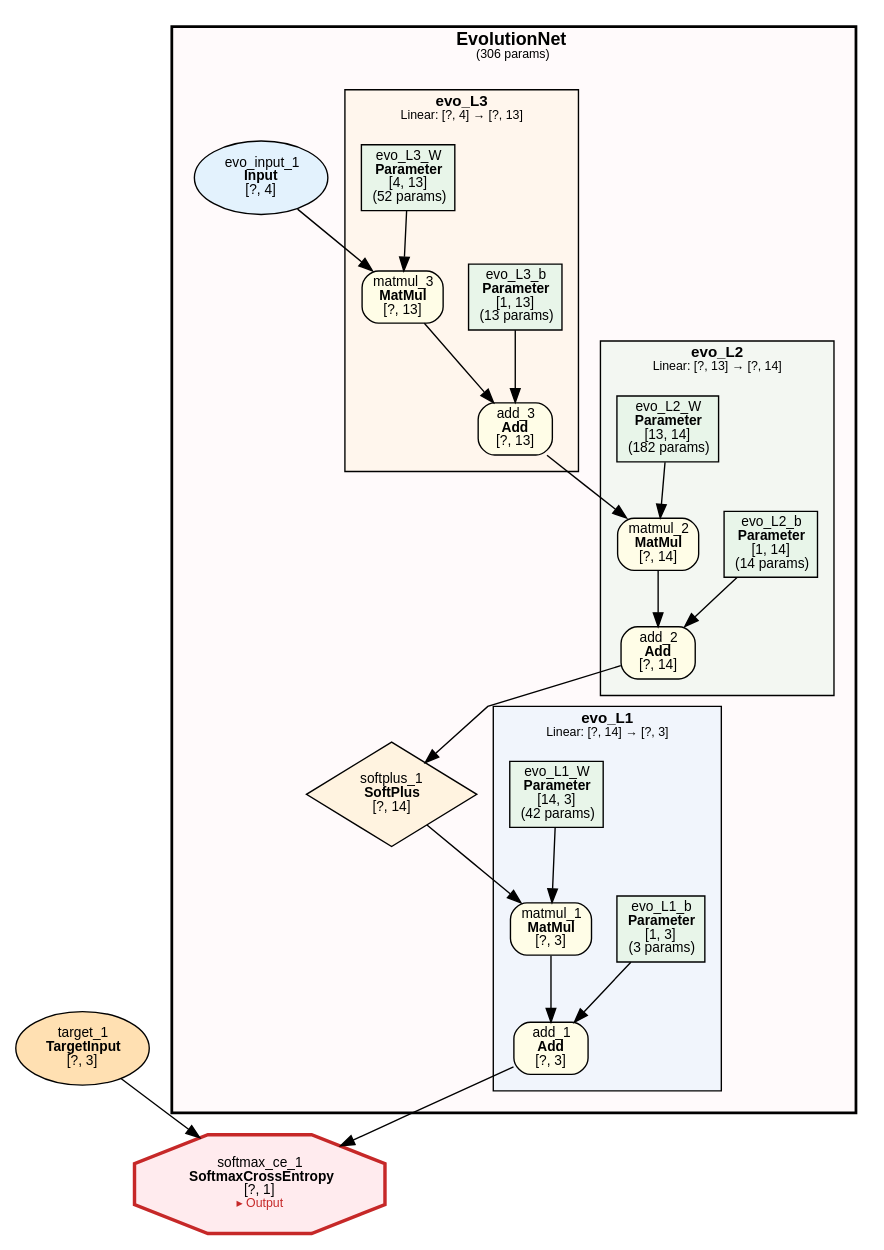
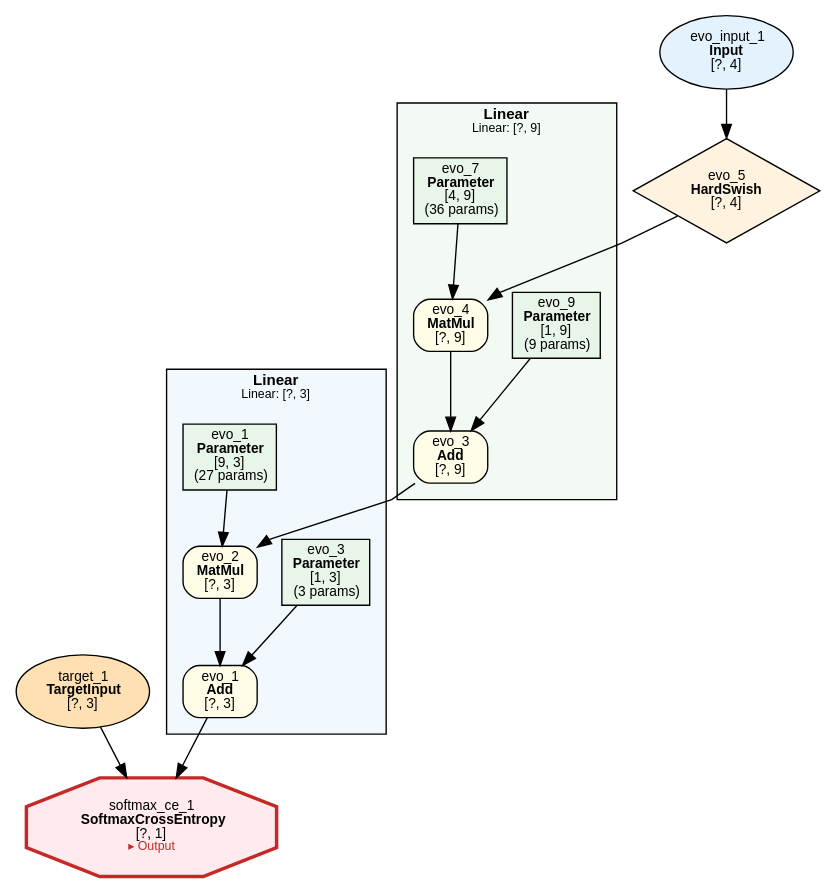
Before and after one commit to dbsxdbsx/only_torch: the diagram in examples/evolution/iris/evolution_iris.dot, drawn with Graphviz. The commit also changed 14 other files, not shown here.

```diff
--- a/examples/evolution/iris/evolution_iris.dot
+++ b/examples/evolution/iris/evolution_iris.dot
@@ -1,77 +1,50 @@
 digraph ComputeGraph {
     rankdir=TB;
     newrank=true;
     splines=polyline;
     node [fontname="Microsoft YaHei,SimHei,Arial"];
     edge [fontname="Microsoft YaHei,SimHei,Arial"];
 
-    subgraph cluster_model_EvolutionNet {
-        label=<<B>EvolutionNet</B><BR/><FONT POINT-SIZE="9">(306 params)</FONT>>;
-        style="filled,bold";
-        fillcolor="#FFEBEE40";
+    subgraph cluster_group_linear_0 {
+        label=<<B>Linear</B><BR/><FONT POINT-SIZE="9">Linear: [?, 3]</FONT>>;
+        style=filled;
+        fillcolor="#E3F2FD80";
         fontname="Microsoft YaHei,SimHei,Arial";
-        fontsize=13;
-        margin=16;
+        fontsize=11;
+        margin=12;
+            "2" [label=<evo_1<BR/><B>Add</B><BR/>[?, 3]> shape=box style="filled,rounded" fillcolor="#FFFDE7" fontsize=10];
+            "4" [label=<evo_2<BR/><B>MatMul</B><BR/>[?, 3]> shape=box style="filled,rounded" fillcolor="#FFFDE7" fontsize=10];
+            "5" [label=<evo_3<BR/><B>Parameter</B><BR/>[1, 3]<BR/>(3 params)> shape=box style=filled fillcolor="#E8F5E9" fontsize=10];
+            "7" [label=<evo_1<BR/><B>Parameter</B><BR/>[9, 3]<BR/>(27 params)> shape=box style=filled fillcolor="#E8F5E9" fontsize=10];
+    }
 
-        subgraph cluster_EvolutionNet_evo_L1 {
-            label=<<B>evo_L1</B><BR/><FONT POINT-SIZE="9">Linear: [?, 14] → [?, 3]</FONT>>;
-            style=filled;
-            fillcolor="#E3F2FD80";
-            fontname="Microsoft YaHei,SimHei,Arial";
-            fontsize=11;
-            margin=12;
-                "2" [label=<add_1<BR/><B>Add</B><BR/>[?, 3]> shape=box style="filled,rounded" fillcolor="#FFFDE7" fontsize=10];
-                "4" [label=<matmul_1<BR/><B>MatMul</B><BR/>[?, 3]> shape=box style="filled,rounded" fillcolor="#FFFDE7" fontsize=10];
-                "5" [label=<evo_L1_b<BR/><B>Parameter</B><BR/>[1, 3]<BR/>(3 params)> shape=box style=filled fillcolor="#E8F5E9" fontsize=10];
-                "7" [label=<evo_L1_W<BR/><B>Parameter</B><BR/>[14, 3]<BR/>(42 params)> shape=box style=filled fillcolor="#E8F5E9" fontsize=10];
-        }
-
-        subgraph cluster_EvolutionNet_evo_L2 {
-            label=<<B>evo_L2</B><BR/><FONT POINT-SIZE="9">Linear: [?, 13] → [?, 14]</FONT>>;
-            style=filled;
-            fillcolor="#E8F5E980";
-            fontname="Microsoft YaHei,SimHei,Arial";
-            fontsize=11;
-            margin=12;
-                "8" [label=<add_2<BR/><B>Add</B><BR/>[?, 14]> shape=box style="filled,rounded" fillcolor="#FFFDE7" fontsize=10];
-                "9" [label=<matmul_2<BR/><B>MatMul</B><BR/>[?, 14]> shape=box style="filled,rounded" fillcolor="#FFFDE7" fontsize=10];
-                "10" [label=<evo_L2_b<BR/><B>Parameter</B><BR/>[1, 14]<BR/>(14 params)> shape=box style=filled fillcolor="#E8F5E9" fontsize=10];
-                "12" [label=<evo_L2_W<BR/><B>Parameter</B><BR/>[13, 14]<BR/>(182 params)> shape=box style=filled fillcolor="#E8F5E9" fontsize=10];
-        }
-
-        subgraph cluster_EvolutionNet_evo_L3 {
-            label=<<B>evo_L3</B><BR/><FONT POINT-SIZE="9">Linear: [?, 4] → [?, 13]</FONT>>;
-            style=filled;
-            fillcolor="#FFF3E080";
-            fontname="Microsoft YaHei,SimHei,Arial";
-            fontsize=11;
-            margin=12;
-                "11" [label=<add_3<BR/><B>Add</B><BR/>[?, 13]> shape=box style="filled,rounded" fillcolor="#FFFDE7" fontsize=10];
-                "13" [label=<matmul_3<BR/><B>MatMul</B><BR/>[?, 13]> shape=box style="filled,rounded" fillcolor="#FFFDE7" fontsize=10];
-                "14" [label=<evo_L3_b<BR/><B>Parameter</B><BR/>[1, 13]<BR/>(13 params)> shape=box style=filled fillcolor="#E8F5E9" fontsize=10];
-                "16" [label=<evo_L3_W<BR/><B>Parameter</B><BR/>[4, 13]<BR/>(52 params)> shape=box style=filled fillcolor="#E8F5E9" fontsize=10];
-        }
-
-        "6" [label=<softplus_1<BR/><B>SoftPlus</B><BR/>[?, 14]> shape=diamond style=filled fillcolor="#FFF3E0" fontsize=10];
-        "15" [label=<evo_input_1<BR/><B>Input</B><BR/>[?, 4]> shape=ellipse style=filled fillcolor="#E3F2FD" fontsize=10];
+    subgraph cluster_group_linear_1 {
+        label=<<B>Linear</B><BR/><FONT POINT-SIZE="9">Linear: [?, 9]</FONT>>;
+        style=filled;
+        fillcolor="#E8F5E980";
+        fontname="Microsoft YaHei,SimHei,Arial";
+        fontsize=11;
+        margin=12;
+            "6" [label=<evo_3<BR/><B>Add</B><BR/>[?, 9]> shape=box style="filled,rounded" fillcolor="#FFFDE7" fontsize=10];
+            "8" [label=<evo_4<BR/><B>MatMul</B><BR/>[?, 9]> shape=box style="filled,rounded" fillcolor="#FFFDE7" fontsize=10];
+            "9" [label=<evo_9<BR/><B>Parameter</B><BR/>[1, 9]<BR/>(9 params)> shape=box style=filled fillcolor="#E8F5E9" fontsize=10];
+            "11" [label=<evo_7<BR/><B>Parameter</B><BR/>[4, 9]<BR/>(36 params)> shape=box style=filled fillcolor="#E8F5E9" fontsize=10];
     }
 
     "1" [label=<softmax_ce_1<BR/><B>SoftmaxCrossEntropy</B><BR/>[?, 1]<BR/><FONT COLOR="#C62828" POINT-SIZE="9">▸ Output</FONT>> shape=octagon style=filled fillcolor="#FFEBEE" fontsize=10 penwidth=2.5 color="#C62828"];
     "3" [label=<target_1<BR/><B>TargetInput</B><BR/>[?, 3]> shape=ellipse style=filled fillcolor="#FFE0B2" fontsize=10];
+    "10" [label=<evo_5<BR/><B>HardSwish</B><BR/>[?, 4]> shape=diamond style=filled fillcolor="#FFF3E0" fontsize=10];
+    "12" [label=<evo_input_1<BR/><B>Input</B><BR/>[?, 4]> shape=ellipse style=filled fillcolor="#E3F2FD" fontsize=10];
 
     "2" -> "1";
     "3" -> "1";
     "4" -> "2";
     "5" -> "2";
     "6" -> "4";
     "7" -> "4";
     "8" -> "6";
-    "9" -> "8";
+    "9" -> "6";
     "10" -> "8";
-    "11" -> "9";
-    "12" -> "9";
-    "13" -> "11";
-    "14" -> "11";
-    "15" -> "13";
-    "16" -> "13";
+    "11" -> "8";
+    "12" -> "10";
 }
```
